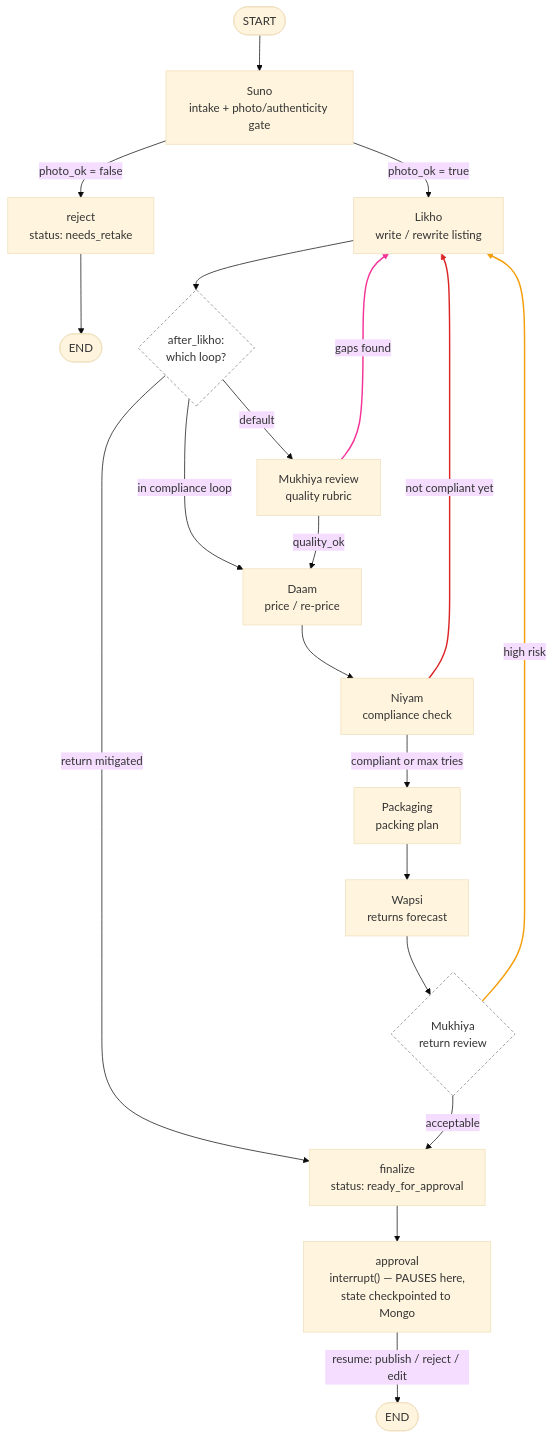
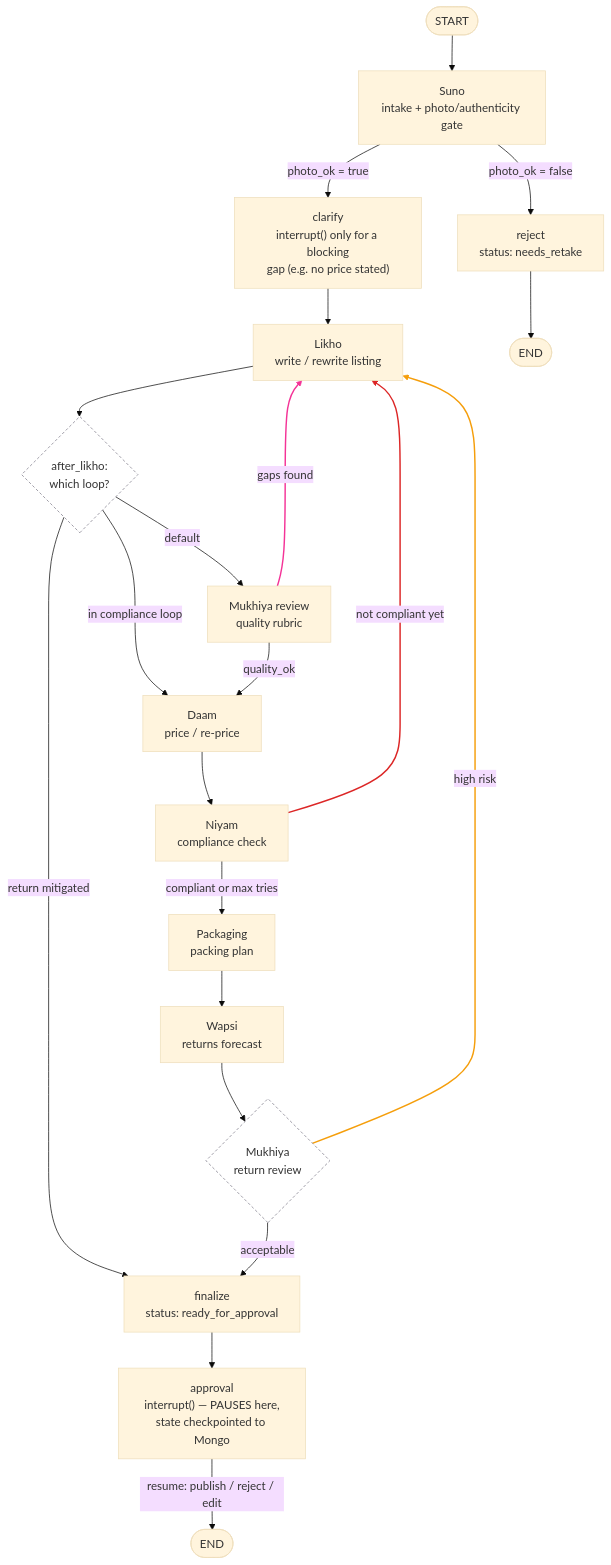
The second of 4 diagrams in docs/ARCHITECTURE.md (sandana1918/Aarambhini), drawn with Mermaid (base theme) before and after one commit. The commit also changed other lines of this file and 6 other files, not shown here.

````diff
--- a/docs/ARCHITECTURE.md
+++ b/docs/ARCHITECTURE.md
@@ -115,35 +115,36 @@
 ```mermaid
 flowchart TD
     START([START]) --> SUNO["Suno<br/>intake + photo/authenticity gate"]
 
     SUNO -->|photo_ok = false| REJECT["reject<br/>status: needs_retake"]
-    SUNO -->|photo_ok = true| LIKHO["Likho<br/>write / rewrite listing"]
+    SUNO -->|photo_ok = true| CLARIFY["clarify<br/>interrupt() only for a blocking<br/>gap (e.g. no price stated)"]
+    CLARIFY --> LIKHO["Likho<br/>write / rewrite listing"]
     REJECT --> ENDR([END])
 
     LIKHO --> AFTER{"after_likho:<br/>which loop?"}
     AFTER -->|default| REVIEW["Mukhiya review<br/>quality rubric"]
     AFTER -->|in compliance loop| DAAM["Daam<br/>price / re-price"]
     AFTER -->|return mitigated| FINAL["finalize<br/>status: ready_for_approval"]
 
     REVIEW -->|gaps found| LIKHO
     REVIEW -->|quality_ok| DAAM
 
     DAAM --> NIYAM["Niyam<br/>compliance check"]
     NIYAM -->|not compliant yet| LIKHO
     NIYAM -->|compliant or max tries| PACK["Packaging<br/>packing plan"]
 
     PACK --> WAPSI["Wapsi<br/>returns forecast"]
     WAPSI --> RR{"Mukhiya<br/>return review"}
     RR -->|high risk| LIKHO
     RR -->|acceptable| FINAL
 
     FINAL --> APPROVAL["approval<br/>interrupt() — PAUSES here,<br/>state checkpointed to Mongo"]
     APPROVAL -->|"resume: publish / reject / edit"| ENDF([END])
 
-    linkStyle 8 stroke:#f43397,stroke-width:2px;
-    linkStyle 11 stroke:#dc2626,stroke-width:2px;
-    linkStyle 15 stroke:#f59e0b,stroke-width:2px;
+    linkStyle 9 stroke:#f43397,stroke-width:2px;
+    linkStyle 12 stroke:#dc2626,stroke-width:2px;
+    linkStyle 16 stroke:#f59e0b,stroke-width:2px;
 
     classDef gate fill:#fff,stroke:#7c7a87,stroke-dasharray:4 3;
     class AFTER,RR gate;
 ```
````
